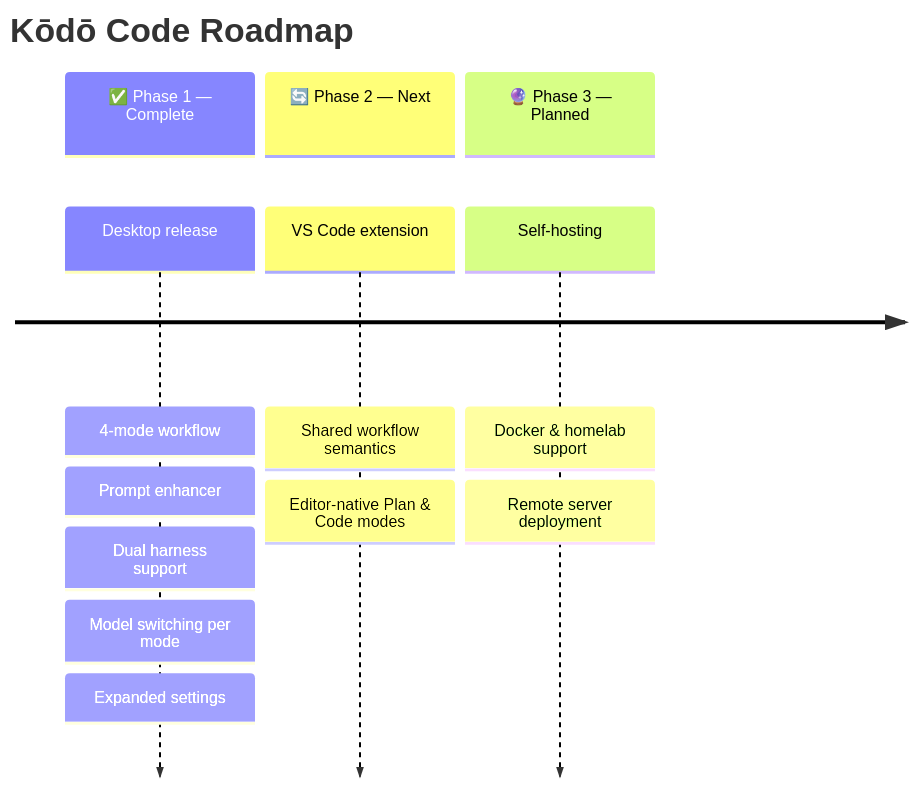
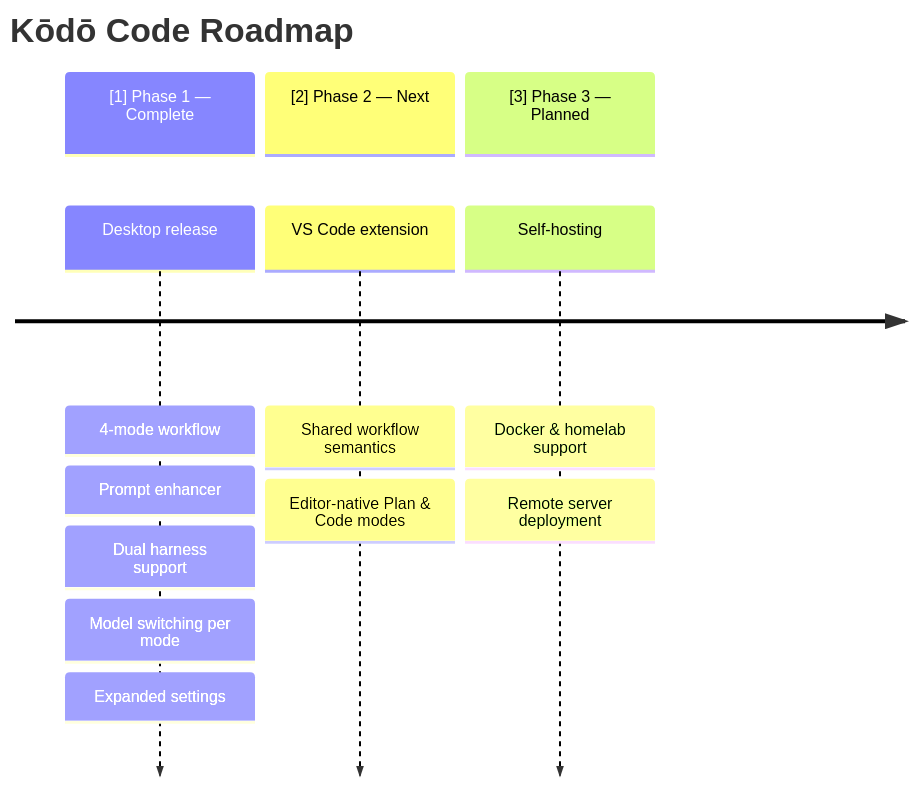
Before and after one commit to boggedbrush/KodoCode: the third of 3 diagrams in README.md, drawn with Mermaid. The commit also changed other lines of this file and 14 other files, not shown here.

````diff
--- a/README.md
+++ b/README.md
@@ -365,16 +365,16 @@
 ```mermaid
 timeline
     title Kōdō Code Roadmap
-    section ✅ Phase 1 — Complete
+    section [1] Phase 1 — Complete
         Desktop release       : 4-mode workflow
                              : Prompt enhancer
                              : Dual harness support
                              : Model switching per mode
                              : Expanded settings
-    section 🔄 Phase 2 — Next
+    section [2] Phase 2 — Next
         VS Code extension    : Shared workflow semantics
                              : Editor-native Plan & Code modes
-    section 🔮 Phase 3 — Planned
+    section [3] Phase 3 — Planned
         Self-hosting         : Docker & homelab support
                              : Remote server deployment
 ```
````
